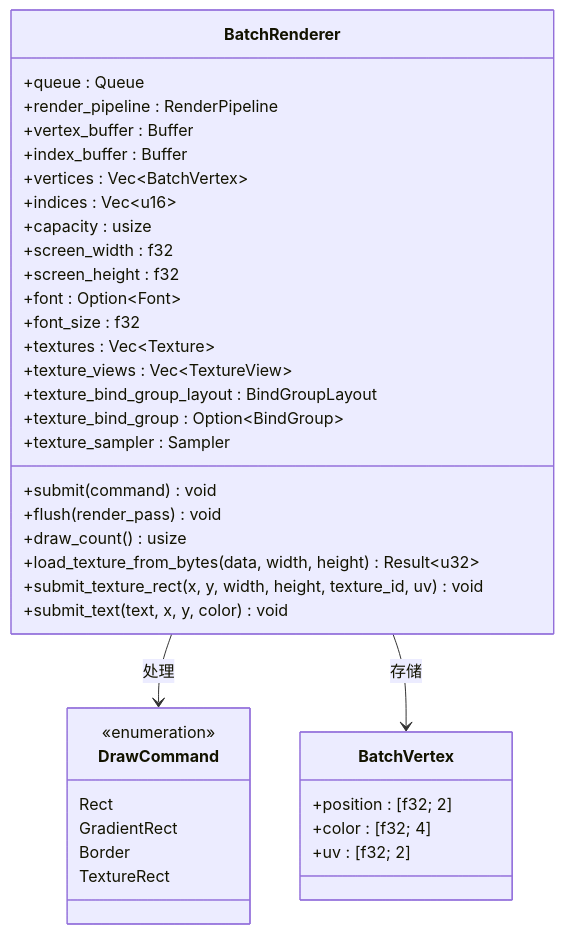
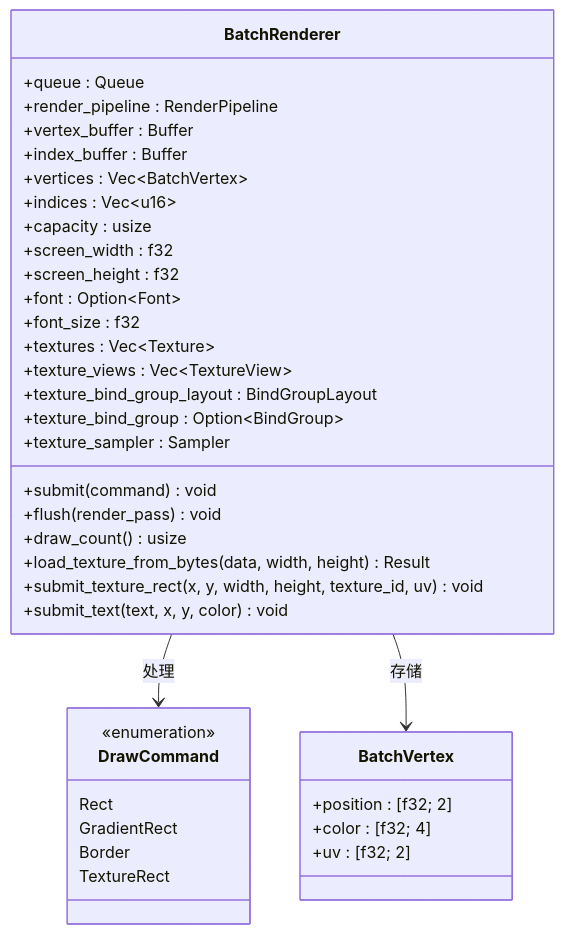
Before and after one commit to itszzl-sudo/iris: the fifth of 26 diagrams in .qoder/repowiki/zh/content/核心功能特性/自研浏览器级渲染能力.md, drawn with Mermaid. The commit also changed other lines of this file and 5 other files, not shown here.

````diff
--- a/.qoder/repowiki/zh/content/核心功能特性/自研浏览器级渲染能力.md
+++ b/.qoder/repowiki/zh/content/核心功能特性/自研浏览器级渲染能力.md
@@ -222,41 +241,41 @@
 ```mermaid
 classDiagram
 class BatchRenderer {
 +queue : Queue
 +render_pipeline : RenderPipeline
 +vertex_buffer : Buffer
 +index_buffer : Buffer
 +vertices : Vec~BatchVertex~
 +indices : Vec~u16~
 +capacity : usize
 +screen_width : f32
 +screen_height : f32
 +font : Option~Font~
 +font_size : f32
 +textures : Vec~Texture~
 +texture_views : Vec~TextureView~
 +texture_bind_group_layout : BindGroupLayout
 +texture_bind_group : Option~BindGroup~
 +texture_sampler : Sampler
 +submit(command) void
 +flush(render_pass) void
 +draw_count() usize
-+load_texture_from_bytes(data, width, height) Result~u32~
++load_texture_from_bytes(data, width, height) Result
 +submit_texture_rect(x, y, width, height, texture_id, uv) void
 +submit_text(text, x, y, color) void
 }
 class DrawCommand {
 <<enumeration>>
 Rect
 GradientRect
 Border
 TextureRect
 }
 class BatchVertex {
 +position : [f32; 2]
 +color : [f32; 4]
 +uv : [f32; 2]
 }
 BatchRenderer --> DrawCommand : 处理
 BatchRenderer --> BatchVertex : 存储
 ```
````
